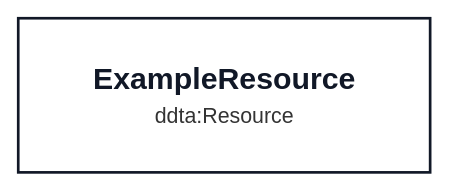
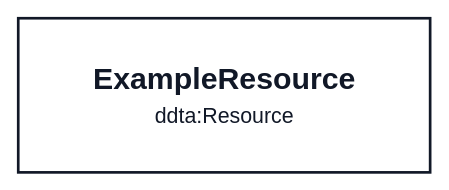
Diagram 20 of 26 in ontologies/core/DDTA_CORE_VISUALIZATION.md (nballestriero/tesiStabile), drawn with Mermaid before and after one commit. The commit also changed other lines of this file and 4 other files, not shown here.

````diff
--- a/ontologies/core/DDTA_CORE_VISUALIZATION.md
+++ b/ontologies/core/DDTA_CORE_VISUALIZATION.md
@@ -1804,6 +2233,7 @@
 ```mermaid
-%%{init: {"htmlLabels":true,"theme":"base"}}%%
+%%{init: {"htmlLabels":true,"theme":"base","layout":"elk"}}%%
 flowchart TB
-    O_fed7e7dac08e0b["<div style='display:inline-block;text-align:center;white-space:nowrap;line-height:1.4;padding:8px 12px;background:transparent;opacity:1;color:#111827'><span style='display:block;text-align:center;font-size:17px;font-weight:700;color:#111827'>ExampleResource</span><span style='display:block;text-align:center;font-size:12px;font-weight:400;color:#111827'>ddta:Resource</span></div>"]
-    style O_fed7e7dac08e0b fill:#FFFFFF,stroke:#111827,color:#111827,stroke-width:1.5px
+    O_34ecebd5d2a20b["<div style='display:inline-block;text-align:center;white-space:nowrap;line-height:1.4;padding:8px 12px;background:transparent;opacity:1;color:#111827'><span style='display:block;text-align:center;font-size:17px;font-weight:700;color:#111827'>ExampleResource</span><span style='display:block;text-align:center;font-size:12px;font-weight:400;color:#111827'>ddta:Resource</span></div>"]
+    classDef DDTA_C_069d7d57acd8 fill:#FFFFFF,stroke:#111827,color:#111827,stroke-width:1.5px
+    class O_34ecebd5d2a20b DDTA_C_069d7d57acd8
 ```
````
